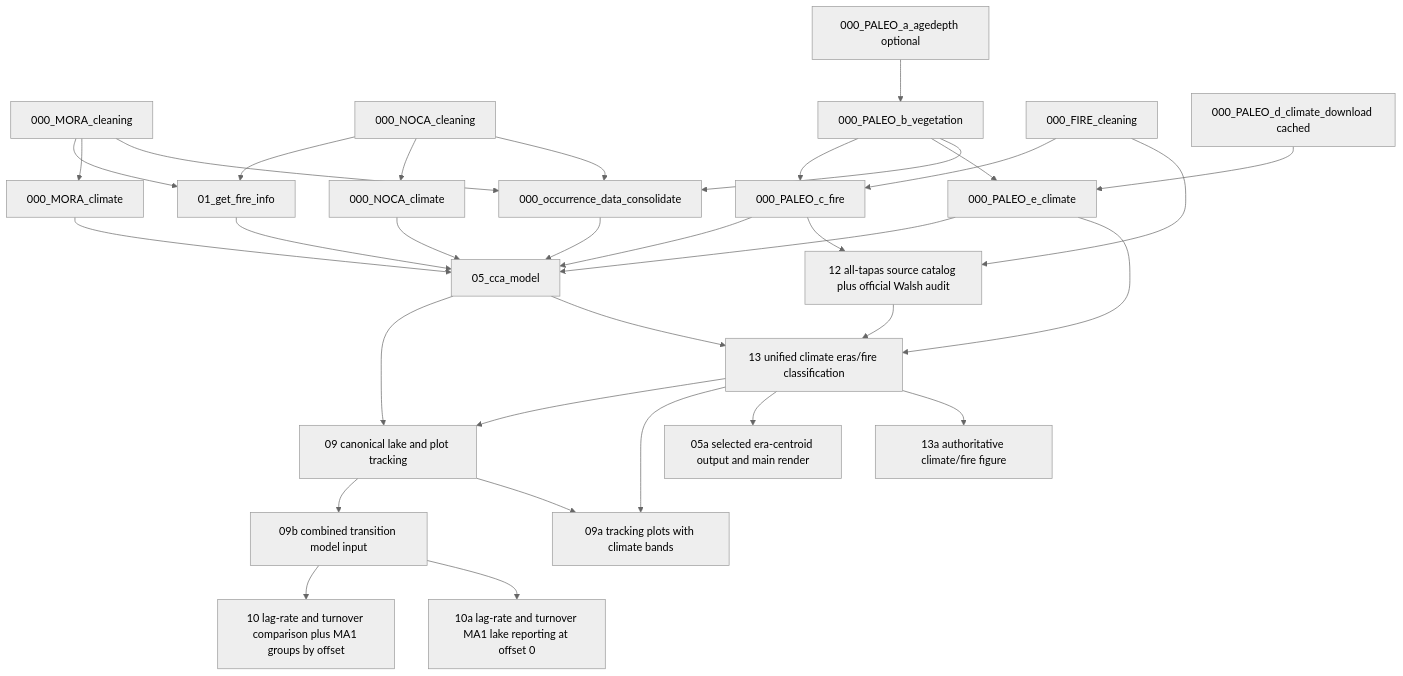
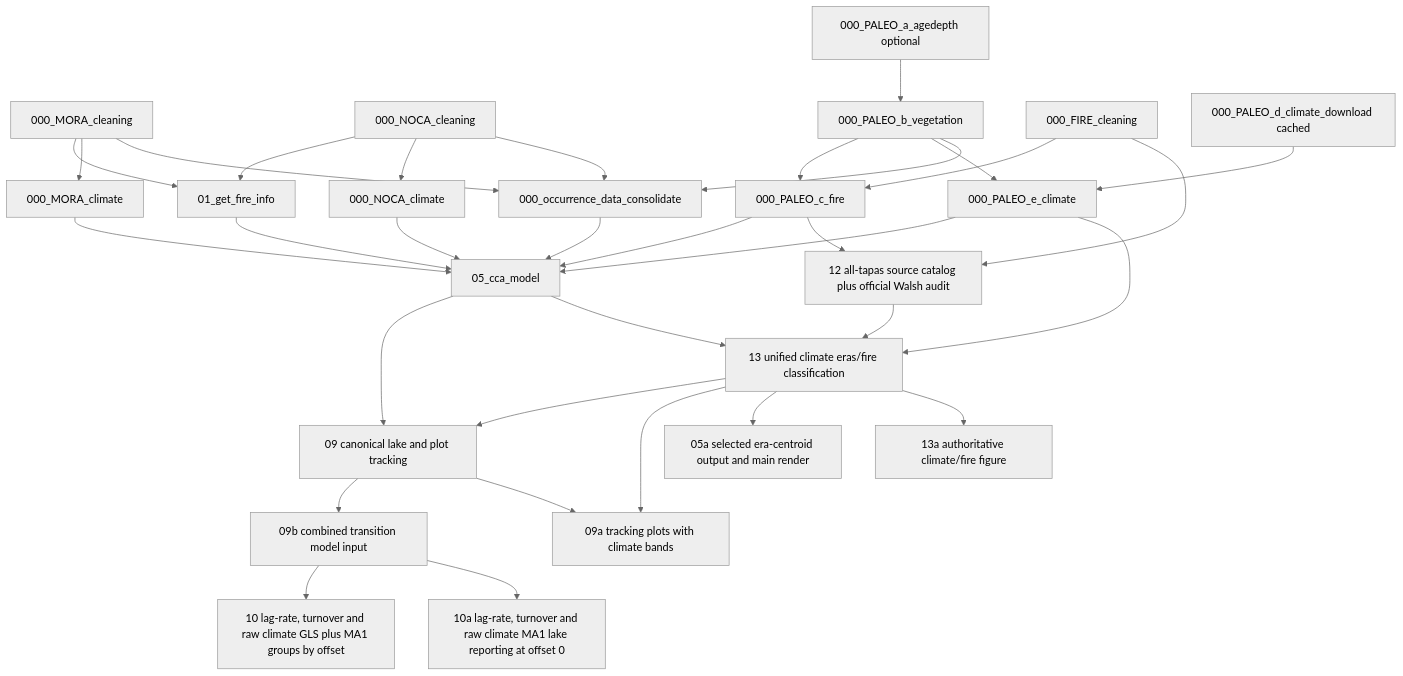
One commit to billurbektas/PaleoACES changed the diagram in docs/WORKFLOW.md. Above: the diagram before and after it, drawn with Mermaid (neutral theme). The commit also changed other lines of this file and 45 other files, not shown here.

Commit message:
Add untransformed climate-rate offset GLS exercise

````diff
--- a/docs/WORKFLOW.md
+++ b/docs/WORKFLOW.md
@@ -74,35 +74,35 @@
 ```mermaid
 flowchart TD
   MV[000_MORA_cleaning] --> AF[01_get_fire_info]
   NV[000_NOCA_cleaning] --> AF
   MV --> MC[000_MORA_climate]
   NV --> NC[000_NOCA_climate]
   BA[000_PALEO_a_agedepth optional] --> PV[000_PALEO_b_vegetation]
   FW[000_FIRE_cleaning] --> PF[000_PALEO_c_fire]
   PV --> PF
   PD[000_PALEO_d_climate_download cached] --> PE[000_PALEO_e_climate]
   PV --> PE
   MV --> OC[000_occurrence_data_consolidate]
   NV --> OC
   PV --> OC
   OC --> CCA[05_cca_model]
   MC --> CCA
   NC --> CCA
   PE --> CCA
   AF --> CCA
   PF --> CCA
   CCA --> TM1[09 canonical lake and plot tracking]
   FW --> WR[12 all-tapas source catalog plus official Walsh audit]
   PF --> WR
   CCA --> ER[13 unified climate eras/fire classification]
   ER --> TM1
   TM1 --> MD[09b combined transition model input]
-  MD --> GLS[10 lag-rate and turnover comparison plus MA1 groups by offset]
-  MD --> LS[10a lag-rate and turnover MA1 lake reporting at offset 0]
+  MD --> GLS[10 lag-rate, turnover and raw climate GLS plus MA1 groups by offset]
+  MD --> LS[10a lag-rate, turnover and raw climate MA1 lake reporting at offset 0]
   TM1 --> TV[09a tracking plots with climate bands]
   ER --> TV
   PE --> ER
   WR --> ER
   ER --> CA[05a selected era-centroid output and main render]
   ER --> CF[13a authoritative climate/fire figure]
 ```
````
